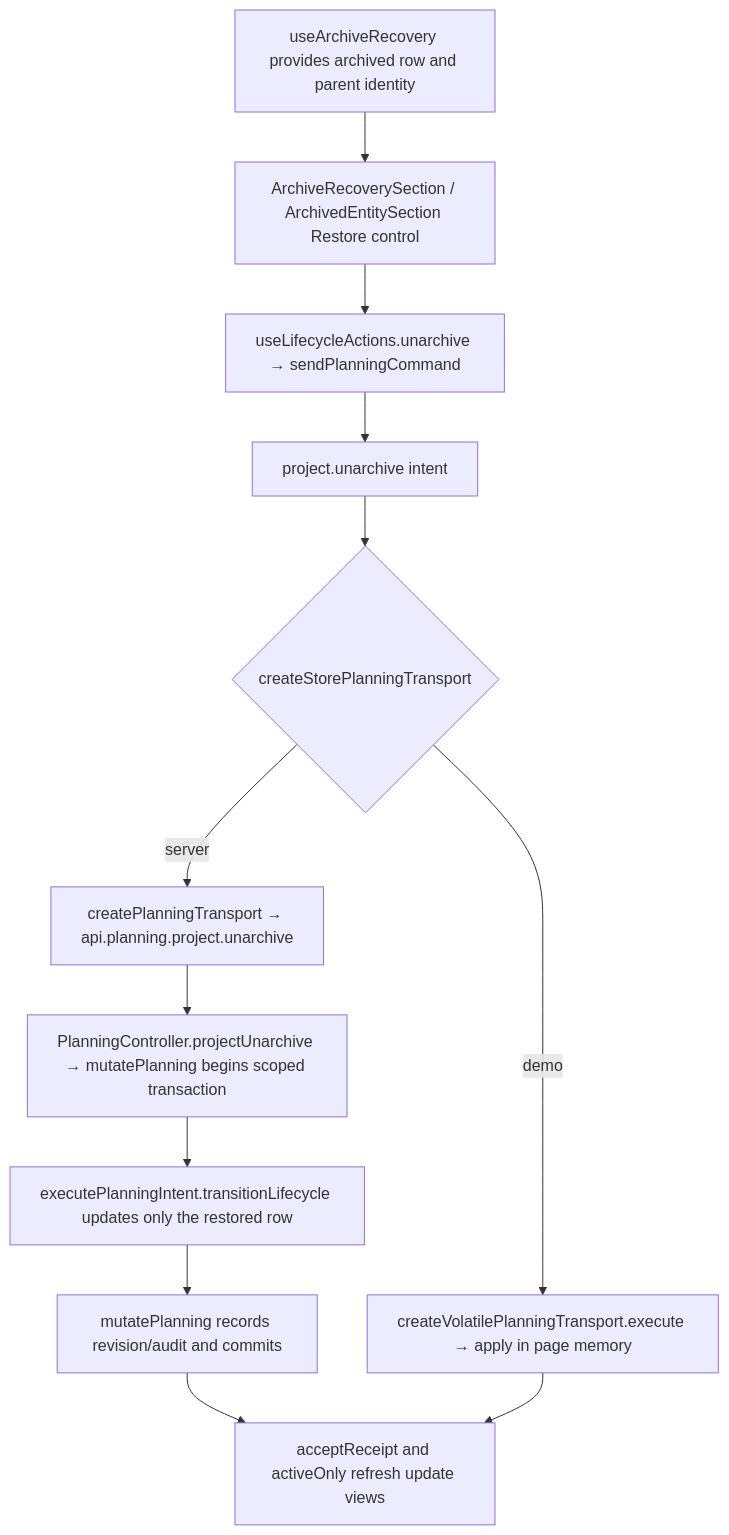
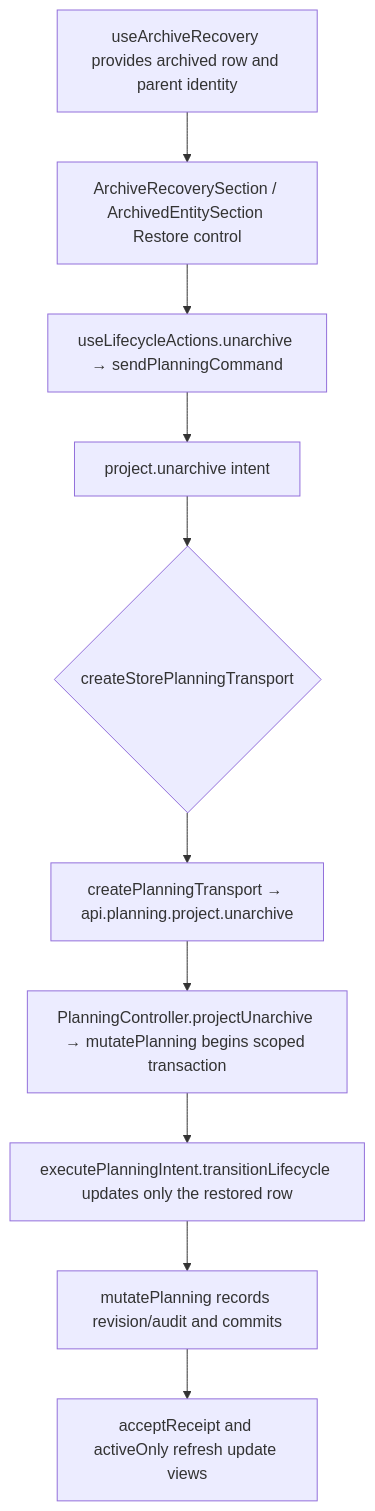
Before and after one commit to Kevinjohn/capacitylens: the second of 2 diagrams in user-stories/projects/US-PRJ-06-restore-project.md, drawn with Mermaid. The commit also changed other lines of this file and 343 other files, not shown here.

Commit message:
feat: use server-owned company planning and a disposable development demo

````diff
--- a/user-stories/projects/US-PRJ-06-restore-project.md
+++ b/user-stories/projects/US-PRJ-06-restore-project.md
@@ -26,9 +26,8 @@
 ```mermaid
 flowchart TD
   A["useArchiveRecovery provides archived row and parent identity"] --> B["ArchiveRecoverySection / ArchivedEntitySection Restore control"]
   B --> C["useLifecycleActions.unarchive → sendPlanningCommand"] --> D["project.unarchive intent"]
   D --> E{"createStorePlanningTransport"}
-  E -->|server| F["createPlanningTransport → api.planning.project.unarchive"] --> G["PlanningController.projectUnarchive → mutatePlanning begins scoped transaction"]
+  E --> F["createPlanningTransport → api.planning.project.unarchive"] --> G["PlanningController.projectUnarchive → mutatePlanning begins scoped transaction"]
   G --> H["executePlanningIntent.transitionLifecycle updates only the restored row"] --> K["mutatePlanning records revision/audit and commits"] --> J["acceptReceipt and activeOnly refresh update views"]
-  E -->|demo| I["createVolatilePlanningTransport.execute → apply in page memory"] --> J
 ```
````
